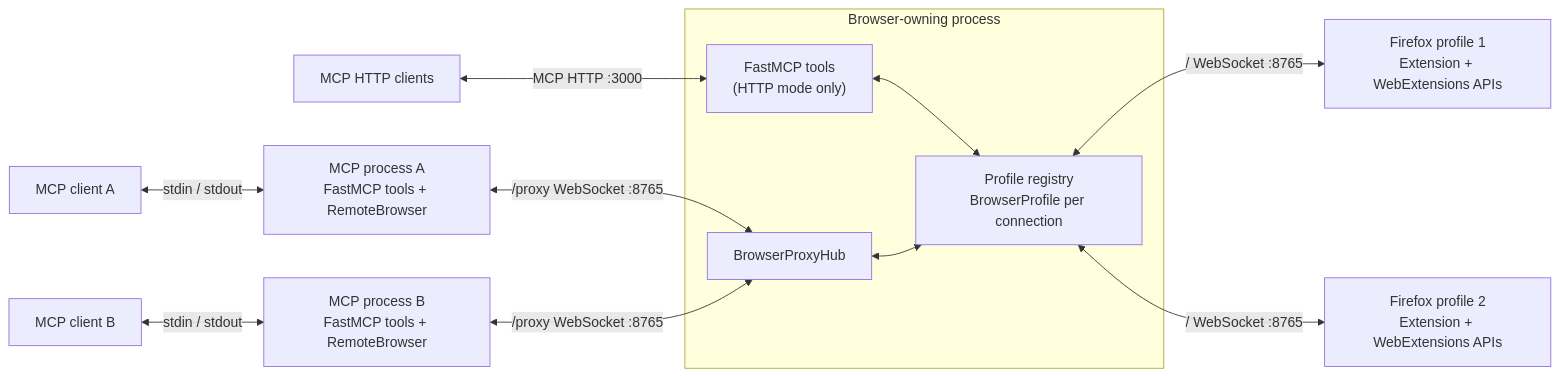
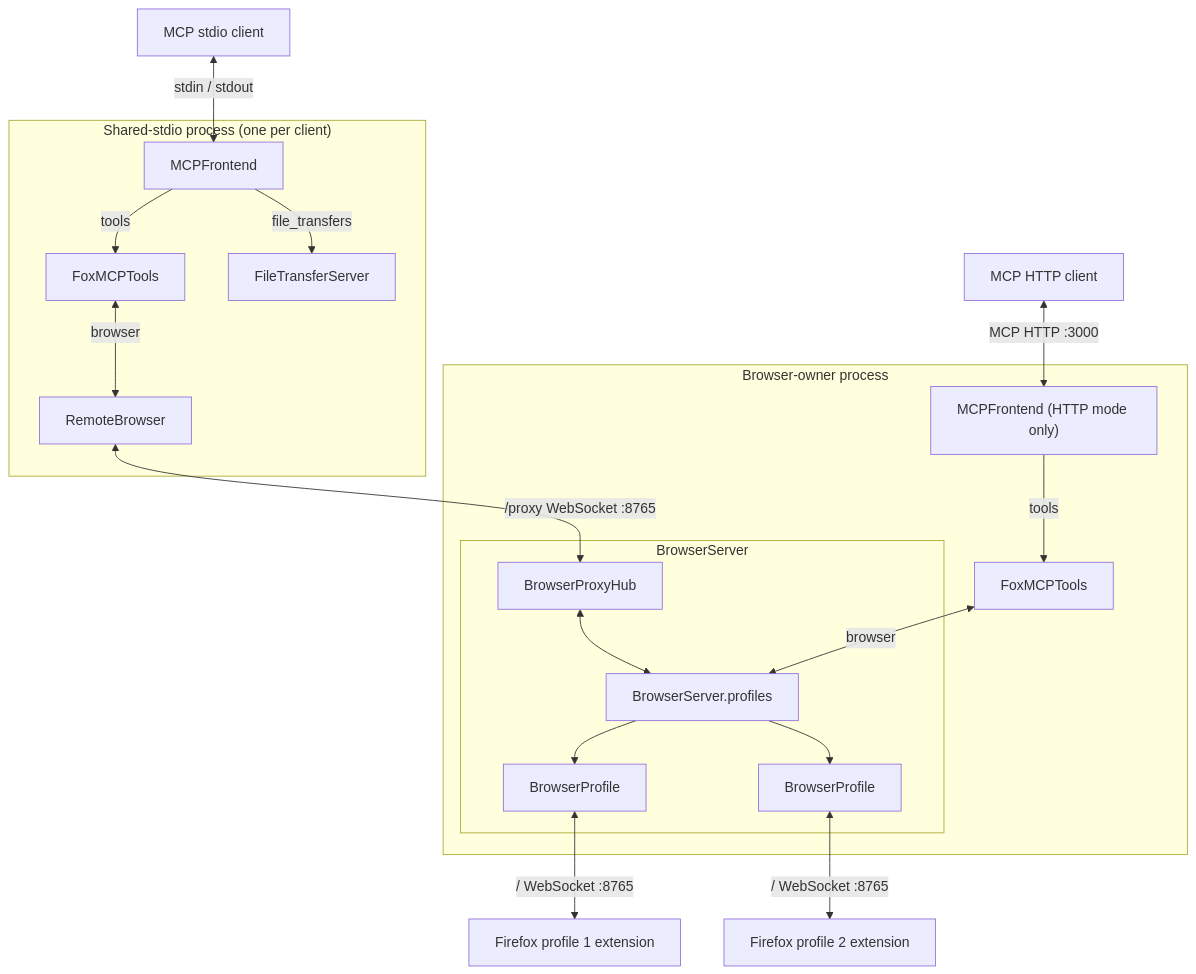
One commit to ThinkerYzu/foxmcp changed the diagram in docs/architecture.md. Above: the diagram before and after it, drawn with Mermaid. The commit also changed other lines of this file and 23 other files, not shown here.

First line of the commit message:
Separate MCP frontend and browser ownership

````diff
--- a/docs/architecture.md
+++ b/docs/architecture.md
@@ -11,28 +11,41 @@
 ```mermaid
-flowchart LR
-    clientA["MCP client A"]
-    clientB["MCP client B"]
-    httpClients["MCP HTTP clients"]
+flowchart TB
+    stdioClient["MCP stdio client"]
+    httpClient["MCP HTTP client"]
 
-    processA["MCP process A<br/>FastMCP tools + RemoteBrowser"]
-    processB["MCP process B<br/>FastMCP tools + RemoteBrowser"]
-
-    subgraph owner["Browser-owning process"]
-        httpTools["FastMCP tools<br/>(HTTP mode only)"]
-        hub["BrowserProxyHub"]
-        registry["Profile registry<br/>BrowserProfile per connection"]
-        httpTools <--> registry
-        hub <--> registry
+    subgraph stdioProcess["Shared-stdio process (one per client)"]
+        frontend["MCPFrontend"]
+        tools["FoxMCPTools"]
+        remote["RemoteBrowser"]
+        files["FileTransferServer"]
+        frontend -->|tools| tools
+        frontend -->|file_transfers| files
+        tools <-->|browser| remote
     end
 
-    firefox1["Firefox profile 1<br/>Extension + WebExtensions APIs"]
-    firefox2["Firefox profile 2<br/>Extension + WebExtensions APIs"]
+    subgraph ownerProcess["Browser-owner process"]
+        directFrontend["MCPFrontend (HTTP mode only)"]
+        directTools["FoxMCPTools"]
+        directFrontend -->|tools| directTools
 
-    clientA <-->|"stdin / stdout"| processA
-    clientB <-->|"stdin / stdout"| processB
-    processA <-->|"/proxy WebSocket :8765"| hub
-    processB <-->|"/proxy WebSocket :8765"| hub
-    httpClients <-->|"MCP HTTP :3000"| httpTools
-    registry <-->|"/ WebSocket :8765"| firefox1
-    registry <-->|"/ WebSocket :8765"| firefox2
+        subgraph browserServer["BrowserServer"]
+            hub["BrowserProxyHub"]
+            profiles["BrowserServer.profiles"]
+            profile1["BrowserProfile"]
+            profile2["BrowserProfile"]
+            hub <--> profiles
+            profiles --> profile1
+            profiles --> profile2
+        end
+        directTools <-->|browser| profiles
+    end
+
+    firefox1["Firefox profile 1 extension"]
+    firefox2["Firefox profile 2 extension"]
+
+    stdioClient <-->|"stdin / stdout"| frontend
+    remote <-->|"/proxy WebSocket :8765"| hub
+    httpClient <-->|"MCP HTTP :3000"| directFrontend
+    profile1 <-->|"/ WebSocket :8765"| firefox1
+    profile2 <-->|"/ WebSocket :8765"| firefox2
 ```
````
